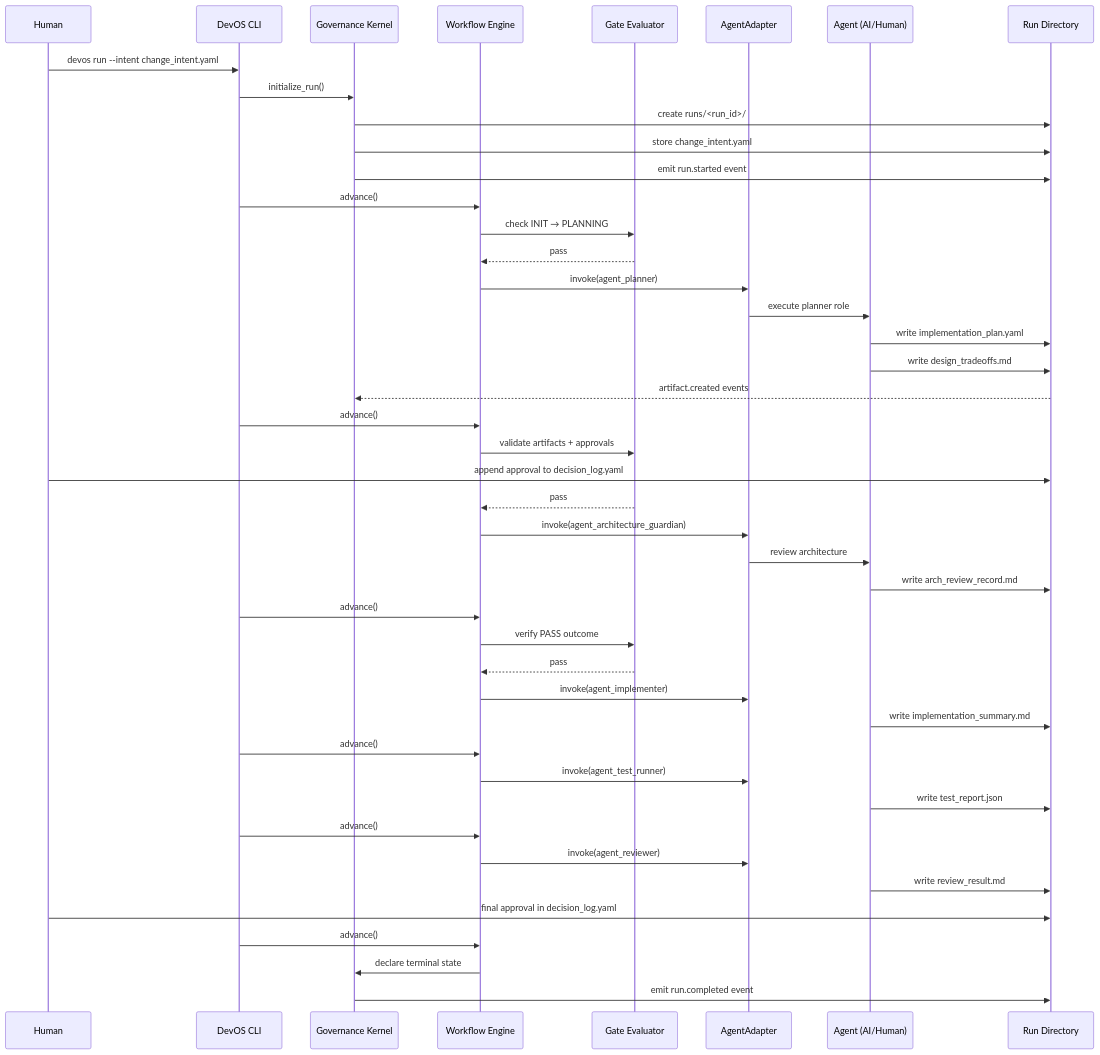
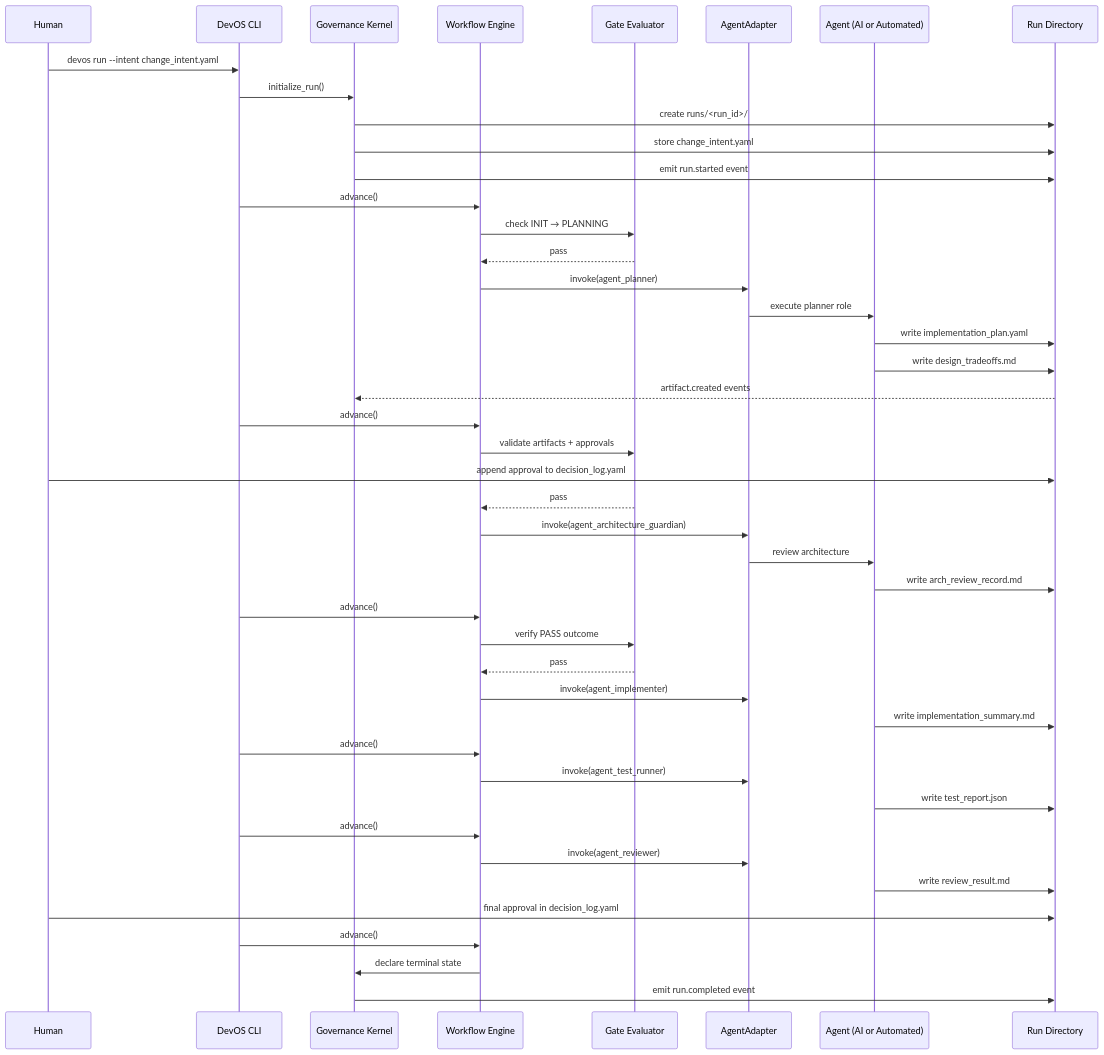
Before and after one commit to user14232/human-governed-ai-framework: the diagram in docs/runtime/runtime_execution_model.md, drawn with Mermaid. The commit also changed other lines of this file and 9 other files, not shown here.

````diff
--- a/docs/runtime/runtime_execution_model.md
+++ b/docs/runtime/runtime_execution_model.md
@@ -3,73 +3,73 @@
 ```mermaid
 sequenceDiagram
     participant Human
     participant CLI as DevOS CLI
     participant Kernel as Governance Kernel
     participant Workflow as Workflow Engine
     participant Gate as Gate Evaluator
     participant Adapter as AgentAdapter
-    participant Agent as Agent (AI/Human)
+    participant Agent as Agent (AI or Automated)
     participant Workspace as Run Directory
 
     Human->>CLI: devos run --intent change_intent.yaml
 
     CLI->>Kernel: initialize_run()
     Kernel->>Workspace: create runs/<run_id>/
     Kernel->>Workspace: store change_intent.yaml
     Kernel->>Workspace: emit run.started event
 
     CLI->>Workflow: advance()
 
     Workflow->>Gate: check INIT → PLANNING
     Gate-->>Workflow: pass
 
     Workflow->>Adapter: invoke(agent_planner)
 
     Adapter->>Agent: execute planner role
     Agent->>Workspace: write implementation_plan.yaml
     Agent->>Workspace: write design_tradeoffs.md
 
     Workspace-->>Kernel: artifact.created events
 
     CLI->>Workflow: advance()
 
     Workflow->>Gate: validate artifacts + approvals
 
     Human->>Workspace: append approval to decision_log.yaml
 
     Gate-->>Workflow: pass
 
     Workflow->>Adapter: invoke(agent_architecture_guardian)
 
     Adapter->>Agent: review architecture
     Agent->>Workspace: write arch_review_record.md
 
     CLI->>Workflow: advance()
 
     Workflow->>Gate: verify PASS outcome
     Gate-->>Workflow: pass
 
     Workflow->>Adapter: invoke(agent_implementer)
 
     Agent->>Workspace: write implementation_summary.md
 
     CLI->>Workflow: advance()
 
     Workflow->>Adapter: invoke(agent_test_runner)
 
     Agent->>Workspace: write test_report.json
 
     CLI->>Workflow: advance()
 
     Workflow->>Adapter: invoke(agent_reviewer)
 
     Agent->>Workspace: write review_result.md
 
     Human->>Workspace: final approval in decision_log.yaml
 
     CLI->>Workflow: advance()
 
     Workflow->>Kernel: declare terminal state
 
     Kernel->>Workspace: emit run.completed event
 ```
````
